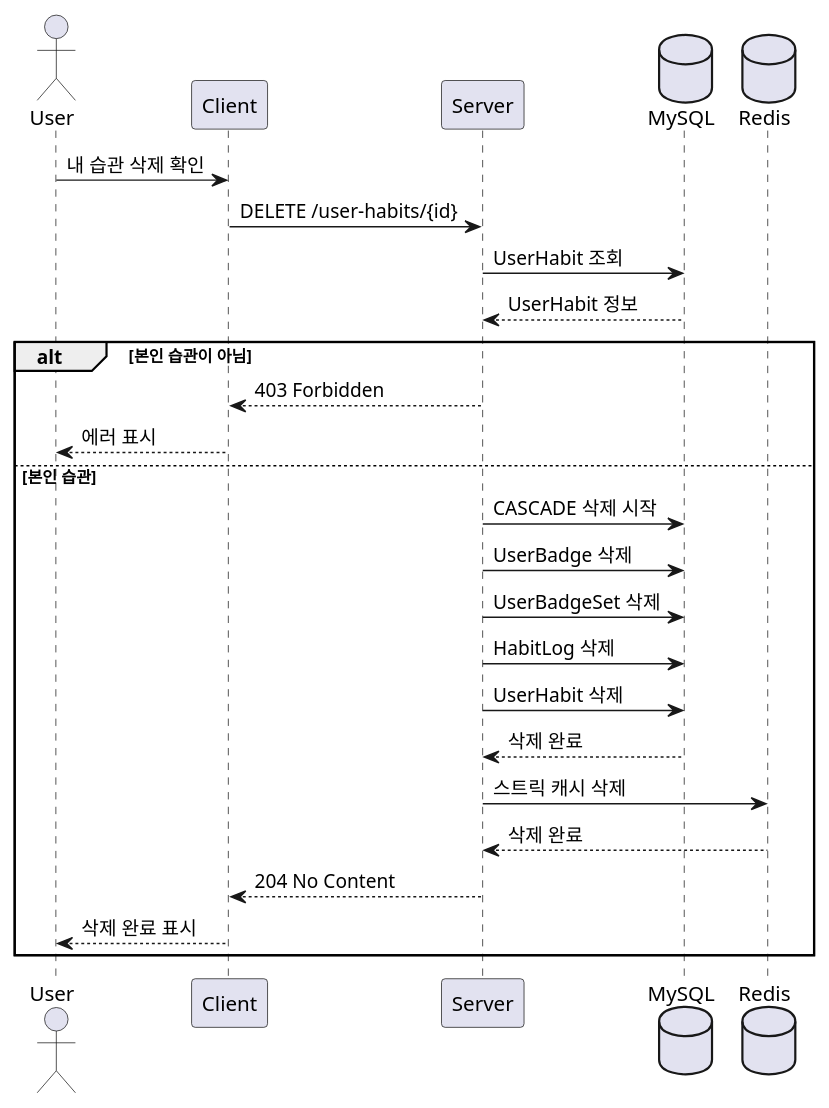
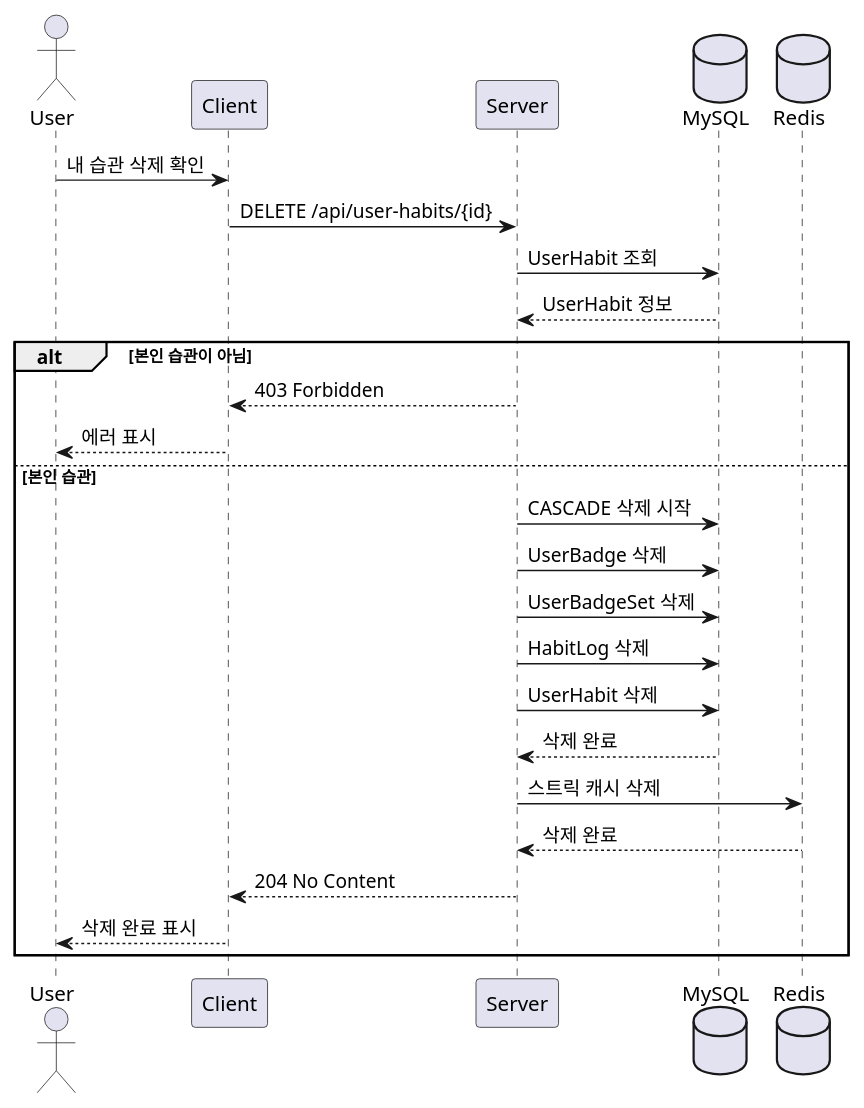
Before and after one commit to daily-one-page/daily-one-page-backend: diagram 13 of 29 in docs/sequence-diagram.md, drawn with PlantUML. The commit also changed other lines of this file and 38 other files, not shown here.

First line of the commit message:
docs: Sync API spec, ERD, Sequence Diagram and add Postman Collection

````diff
--- a/docs/sequence-diagram.md
+++ b/docs/sequence-diagram.md
@@ -410,31 +410,31 @@
 ```plantuml
 @startuml 내 습관 삭제
 actor User
 participant Client
 participant Server
 database MySQL
 database Redis
 
 User -> Client: 내 습관 삭제 확인
-Client -> Server: DELETE /user-habits/{id}
+Client -> Server: DELETE /api/user-habits/{id}
 Server -> MySQL: UserHabit 조회
 MySQL --> Server: UserHabit 정보
 
 alt 본인 습관이 아님
     Server --> Client: 403 Forbidden
     Client --> User: 에러 표시
 else 본인 습관
     Server -> MySQL: CASCADE 삭제 시작
     Server -> MySQL: UserBadge 삭제
     Server -> MySQL: UserBadgeSet 삭제
     Server -> MySQL: HabitLog 삭제
     Server -> MySQL: UserHabit 삭제
     MySQL --> Server: 삭제 완료
     Server -> Redis: 스트릭 캐시 삭제
     Redis --> Server: 삭제 완료
     Server --> Client: 204 No Content
     Client --> User: 삭제 완료 표시
 end
 
 @enduml
 ```
````
